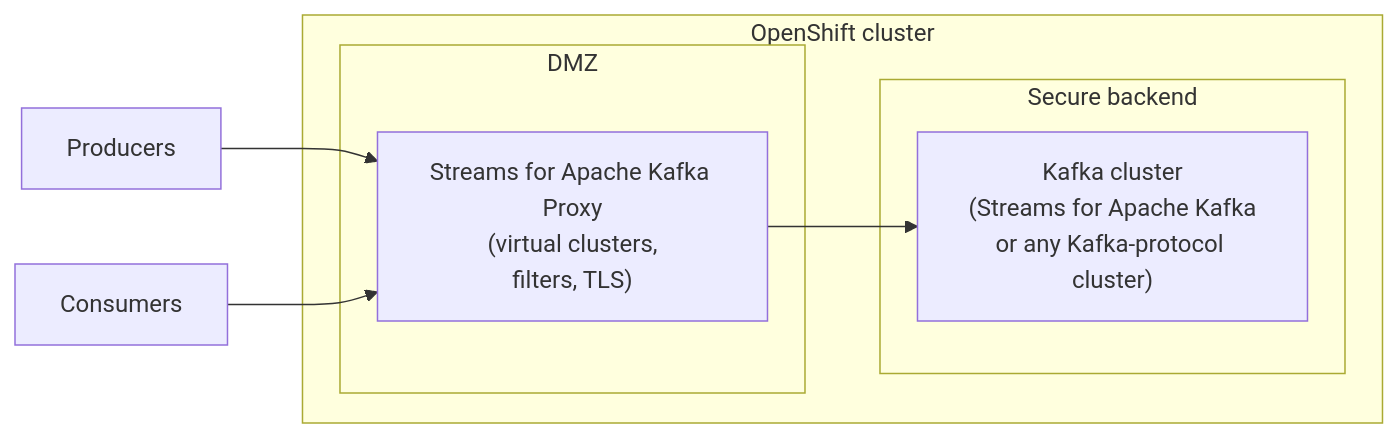
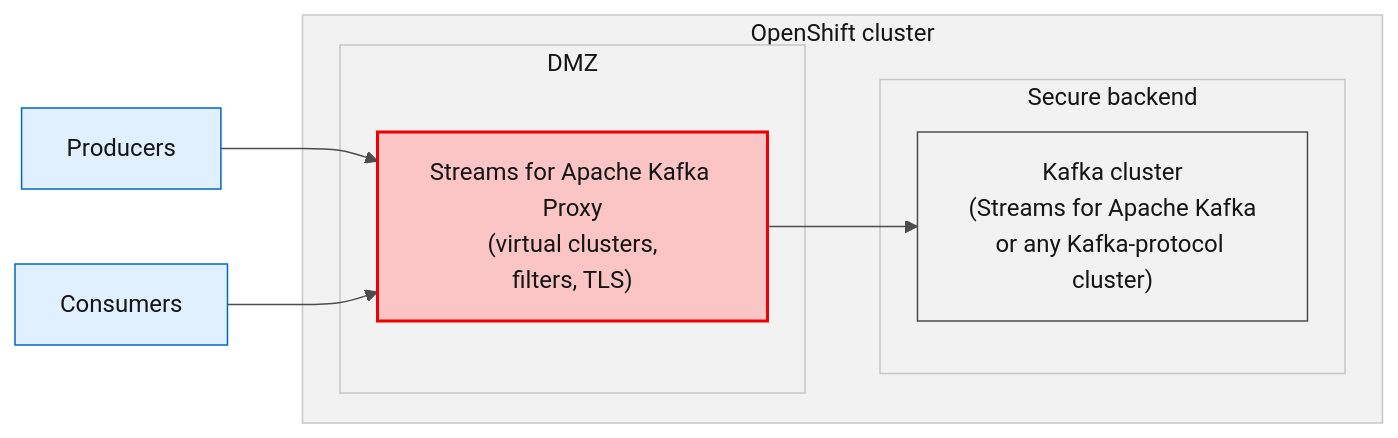
One commit to jcordes73/kafka-proxy-use-cases changed the first of 3 diagrams in README.md. Above: the diagram before and after it, drawn with Mermaid. The commit also changed other lines of this file and 28 other files, not shown here.

````diff
--- a/README.md
+++ b/README.md
@@ -38,14 +39,20 @@
 ```mermaid
+%%{init: {"theme":"base","themeVariables":{"fontFamily":"Red Hat Text, Red Hat Display, sans-serif","primaryColor":"#FFFFFF","primaryTextColor":"#151515","primaryBorderColor":"#C7C7C7","lineColor":"#4D4D4D","secondaryColor":"#F2F2F2","tertiaryColor":"#F2F2F2","clusterBkg":"#F2F2F2","clusterBorder":"#C7C7C7","edgeLabelBackground":"#FFFFFF","titleColor":"#151515"}}}%%
 flowchart LR
     subgraph openshift["OpenShift cluster"]
         subgraph dmzUC["DMZ"]
             P["Streams for Apache Kafka Proxy<br/>(virtual clusters,<br/>filters, TLS)"]
         end
         subgraph backendUC["Secure backend"]
             K["Kafka cluster<br/>(Streams for Apache Kafka<br/>or any Kafka-protocol cluster)"]
         end
     end
     Producers["Producers"] --> P
     Consumers["Consumers"] --> P
     P --> K
+
+    style P fill:#FBC5C5,stroke:#EE0000,stroke-width:2px
+    style K fill:#F2F2F2,stroke:#4D4D4D
+    style Producers fill:#E0F0FF,stroke:#0066CC
+    style Consumers fill:#E0F0FF,stroke:#0066CC
 ```
````
